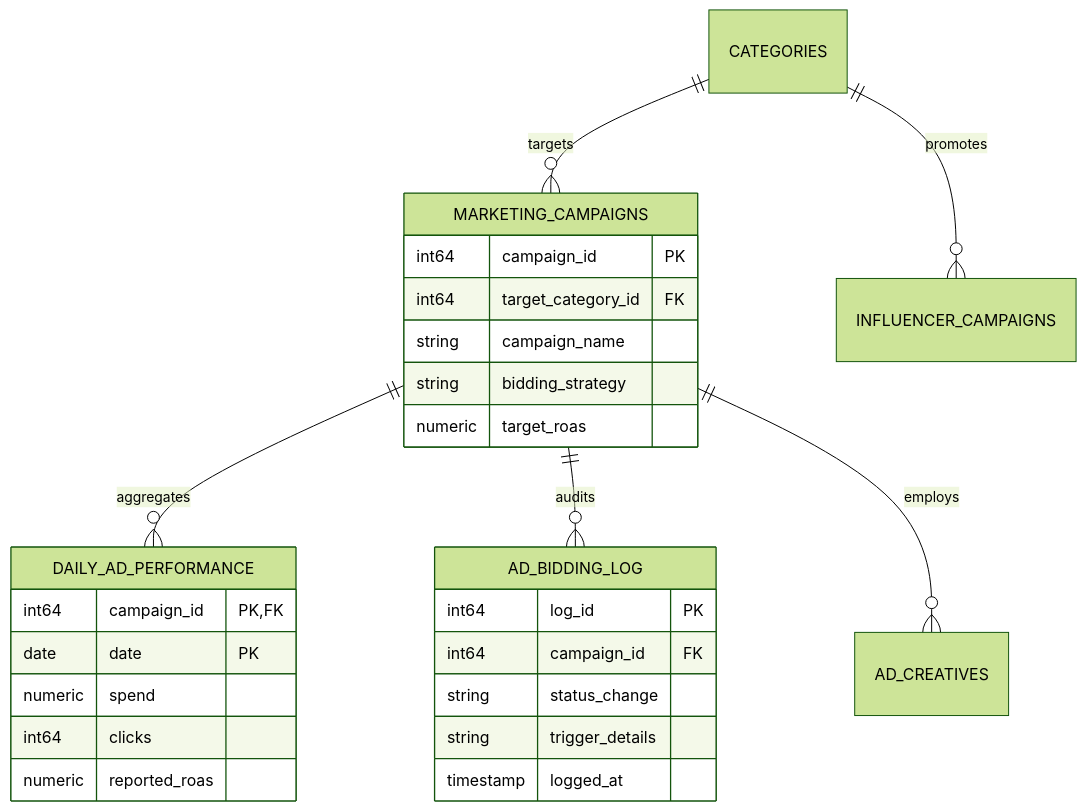
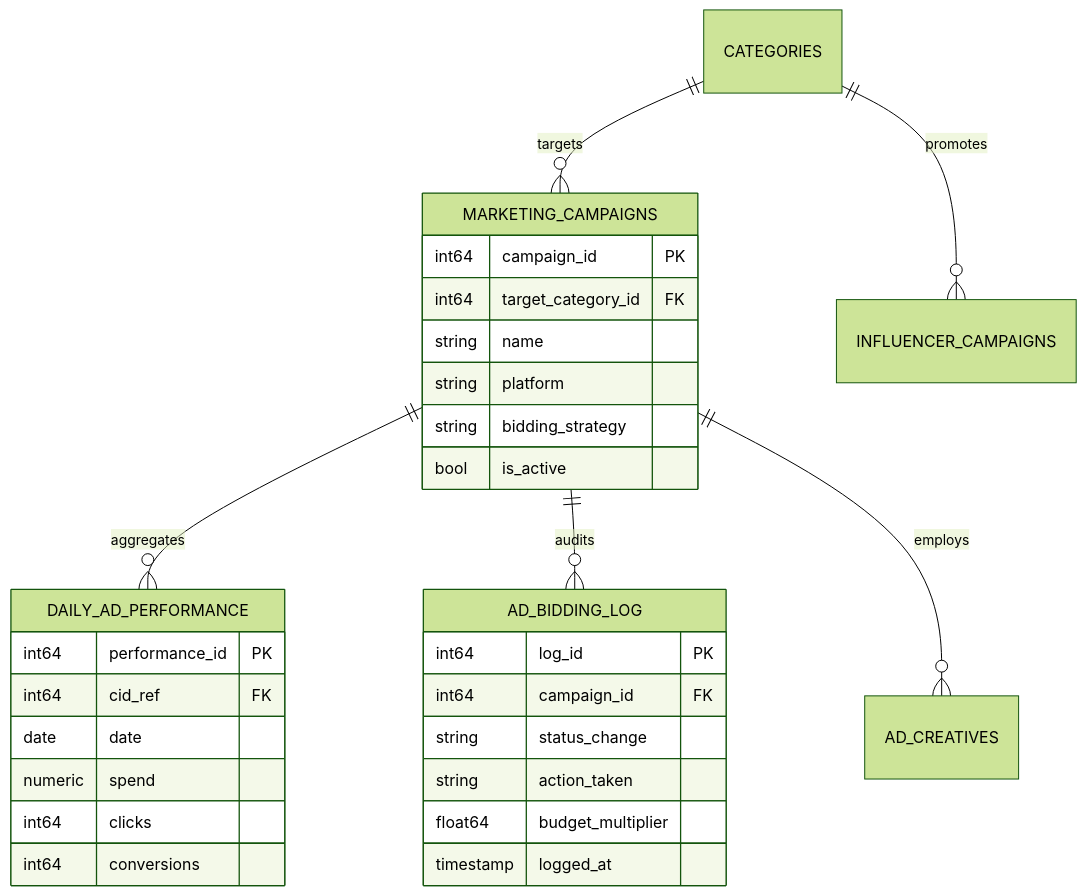
One commit to kestutisgoogle/black-week changed the second of 3 diagrams in docs/DATASET_DATA_AND_SCHEMA_SUMMARY.md. Above: the diagram before and after it, drawn with Mermaid (forest theme). The commit also changed other lines of this file and 53 other files, not shown here.

````diff
--- a/docs/DATASET_DATA_AND_SCHEMA_SUMMARY.md
+++ b/docs/DATASET_DATA_AND_SCHEMA_SUMMARY.md
@@ -214,30 +217,33 @@
 ```mermaid
 erDiagram
     CATEGORIES ||--o{ MARKETING_CAMPAIGNS : targets
     MARKETING_CAMPAIGNS ||--o{ DAILY_AD_PERFORMANCE : aggregates
     MARKETING_CAMPAIGNS ||--o{ AD_BIDDING_LOG : audits
     MARKETING_CAMPAIGNS ||--o{ AD_CREATIVES : employs
     CATEGORIES ||--o{ INFLUENCER_CAMPAIGNS : promotes
 
     MARKETING_CAMPAIGNS {
         int64 campaign_id PK
         int64 target_category_id FK
-        string campaign_name
+        string name
+        string platform
         string bidding_strategy
-        numeric target_roas
+        bool is_active
     }
     DAILY_AD_PERFORMANCE {
-        int64 campaign_id PK,FK
-        date date PK
+        int64 performance_id PK
+        int64 cid_ref FK
+        date date
         numeric spend
         int64 clicks
-        numeric reported_roas
+        int64 conversions
     }
     AD_BIDDING_LOG {
         int64 log_id PK
         int64 campaign_id FK
         string status_change
-        string trigger_details
+        string action_taken
+        float64 budget_multiplier
         timestamp logged_at
     }
 ```
````
